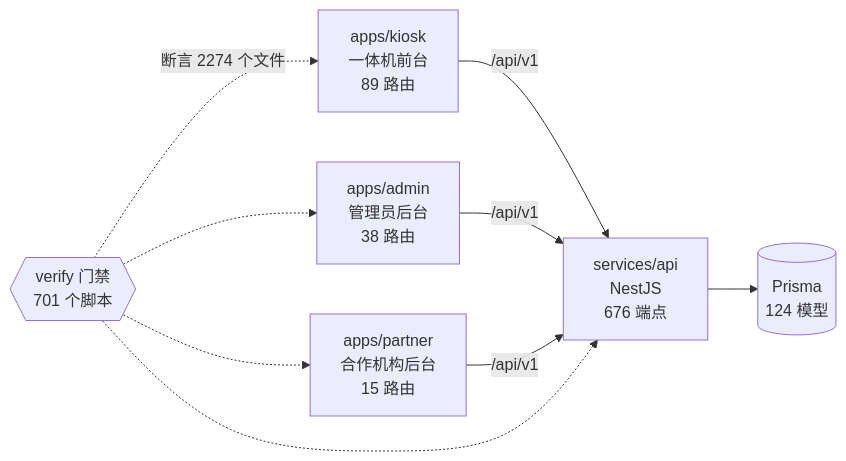
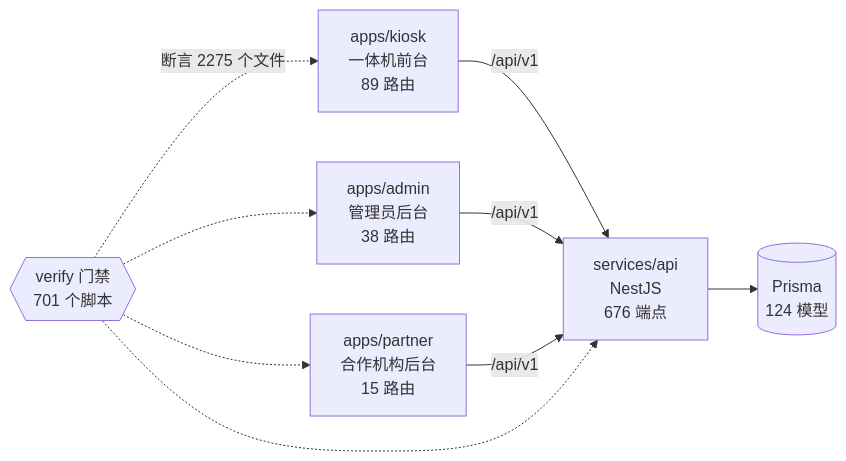
Before and after one commit to wanglei581/YITIJI: the diagram in docs/graph/README.md, drawn with Mermaid. The commit also changed other lines of this file and 8 other files, not shown here.

Commit message:
P2e-4b(5): 补齐 4 项边界缺陷单测、浏览器回归、图谱与进度记录

````diff
--- a/docs/graph/README.md
+++ b/docs/graph/README.md
@@ -68,18 +68,18 @@
 ```mermaid
 flowchart LR
   kiosk["apps/kiosk<br/>一体机前台<br/>89 路由"]
   admin["apps/admin<br/>管理员后台<br/>38 路由"]
   partner["apps/partner<br/>合作机构后台<br/>15 路由"]
   api["services/api<br/>NestJS<br/>676 端点"]
   db[("Prisma<br/>124 模型")]
   gates{{"verify 门禁<br/>701 个脚本"}}
 
   kiosk -->|"/api/v1"| api
   admin -->|"/api/v1"| api
   partner -->|"/api/v1"| api
   api --> db
-  gates -.->|"断言 2274 个文件"| kiosk
+  gates -.->|"断言 2275 个文件"| kiosk
   gates -.-> admin
   gates -.-> partner
   gates -.-> api
 ```
````
